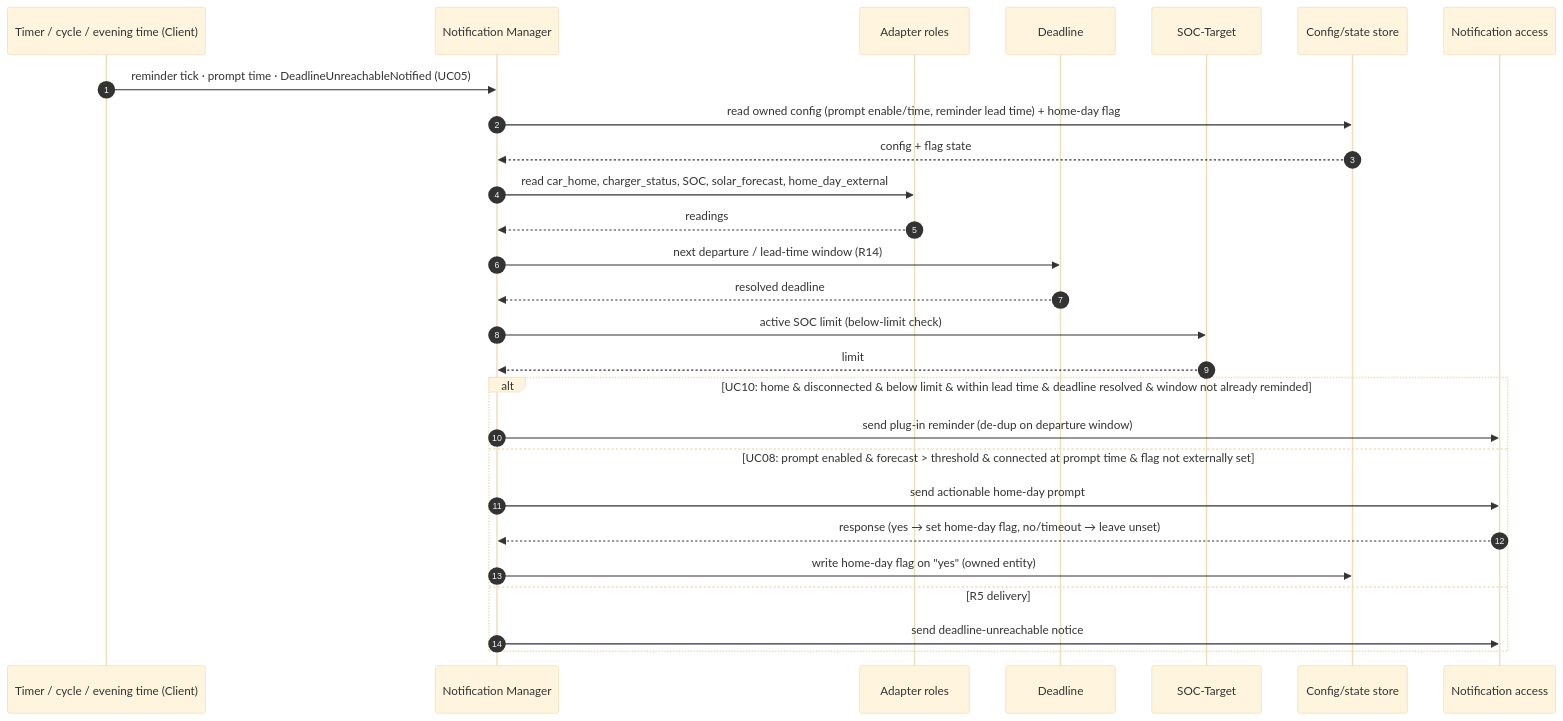
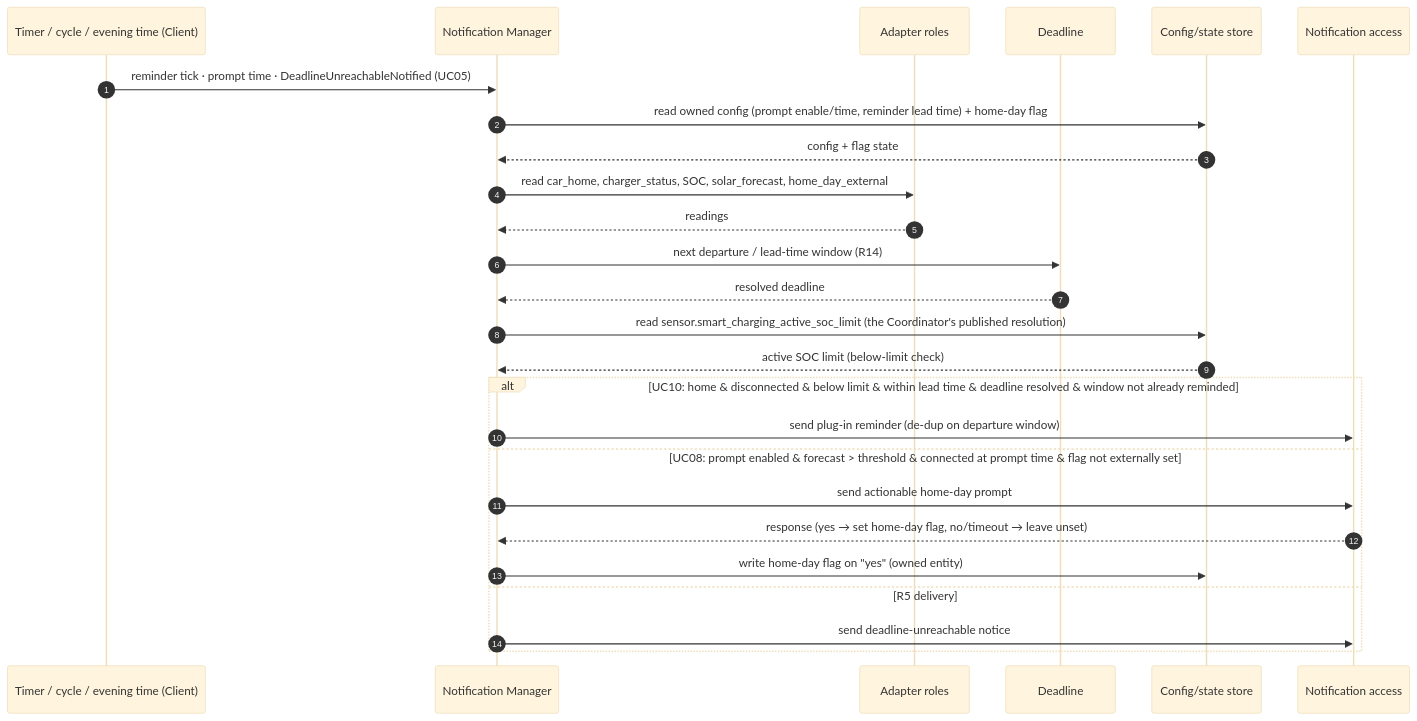
One commit to kristofdegrave/homeassistant-smart-charging changed the fourth of 4 diagrams in docs/design/system-design.md. Above: the diagram before and after it, drawn with Mermaid (base theme). The commit also changed other lines of this file and 1 other file, not shown here.

First line of the commit message:
docs: route §5.3's UC10 below-limit check through the materialized active SOC limit

````diff
--- a/docs/design/system-design.md
+++ b/docs/design/system-design.md
@@ -456,30 +456,29 @@
 ```mermaid
 sequenceDiagram
     autonumber
     participant Trg as Timer / cycle / evening time (Client)
     participant N as Notification Manager
     participant A as Adapter roles
     participant DL as Deadline
-    participant SOC as SOC-Target
     participant S as Config/state store
     participant R as Notification access
 
     Trg->>N: reminder tick · prompt time · DeadlineUnreachableNotified (UC05)
     N->>S: read owned config (prompt enable/time, reminder lead time) + home-day flag
     S-->>N: config + flag state
     N->>A: read car_home, charger_status, SOC, solar_forecast, home_day_external
     A-->>N: readings
     N->>DL: next departure / lead-time window (R14)
     DL-->>N: resolved deadline
-    N->>SOC: active SOC limit (below-limit check)
-    SOC-->>N: limit
+    N->>S: read sensor.smart_charging_active_soc_limit (the Coordinator's published resolution)
+    S-->>N: active SOC limit (below-limit check)
     alt UC10: home & disconnected & below limit & within lead time & deadline resolved & window not already reminded
         N->>R: send plug-in reminder (de-dup on departure window)
     else UC08: prompt enabled & forecast > threshold & connected at prompt time & flag not externally set
         N->>R: send actionable home-day prompt
         R-->>N: response (yes → set home-day flag, no/timeout → leave unset)
         N->>S: write home-day flag on "yes" (owned entity)
     else R5 delivery
         N->>R: send deadline-unreachable notice
     end
 ```
````
